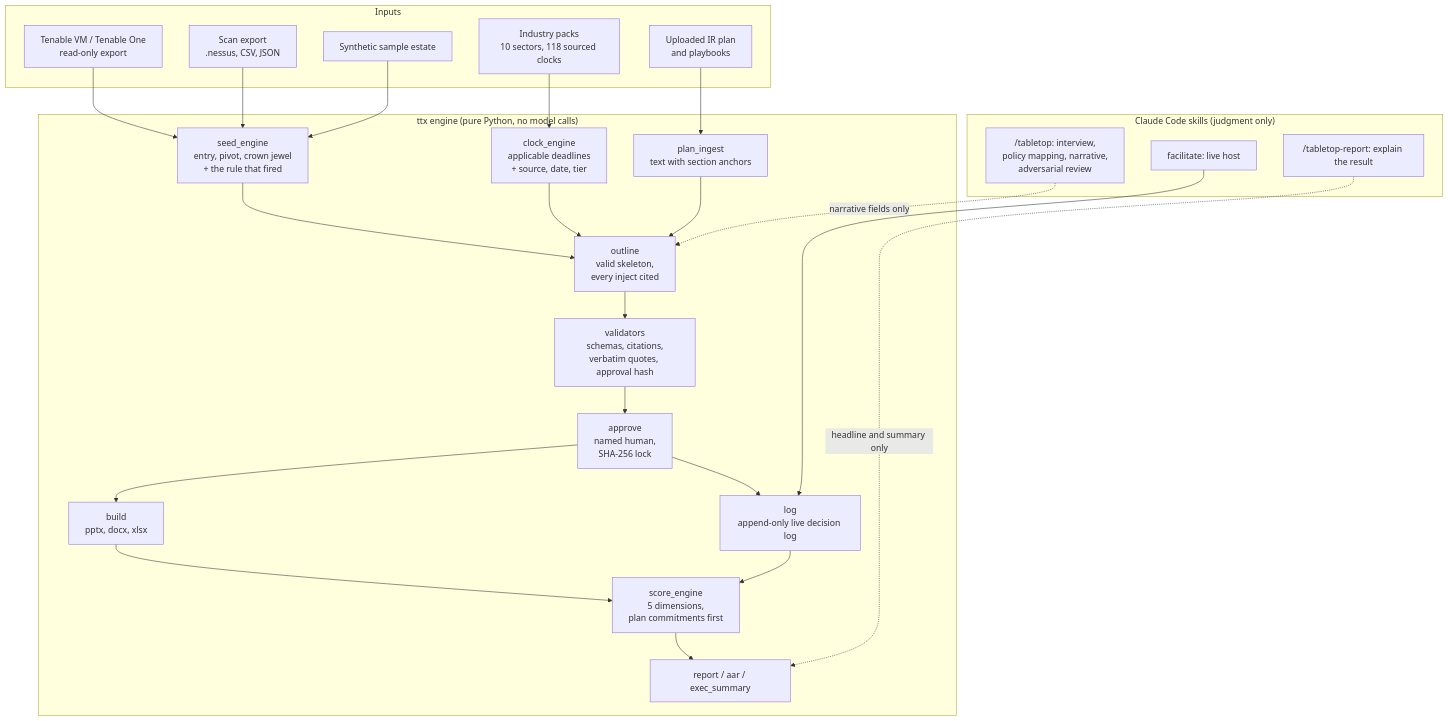
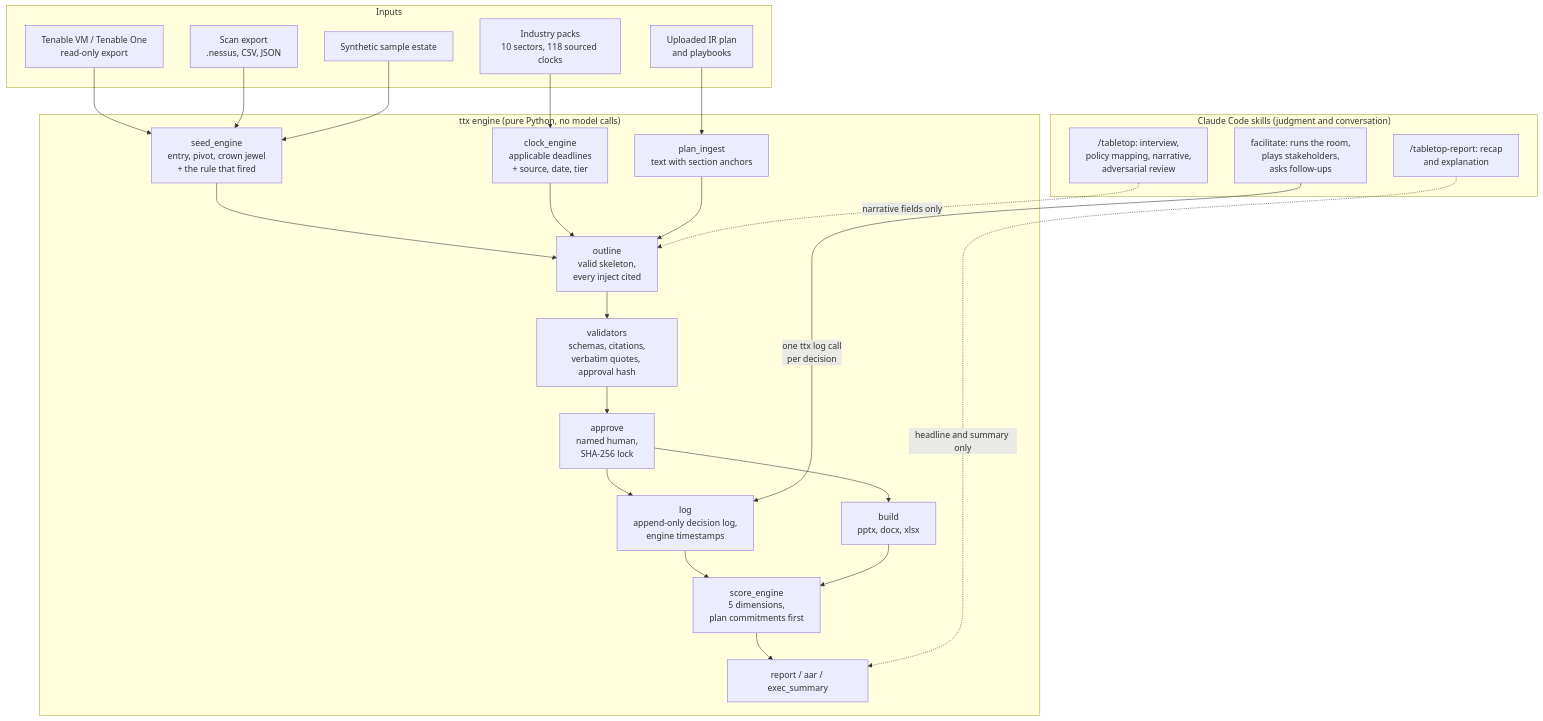
The second of 2 diagrams in README.md (eshin087/tabletop-gm), drawn with Mermaid before and after one commit. The commit also changed other lines of this file and 2 other files, not shown here.

First line of the commit message:
README leads with the live facilitator agent

````diff
--- a/README.md
+++ b/README.md
@@ -165,43 +139,44 @@
 ```mermaid
 flowchart TB
     subgraph Inputs
         T["Tenable VM / Tenable One<br/>read-only export"]
         X["Scan export<br/>.nessus, CSV, JSON"]
         S["Synthetic sample estate"]
         P["Industry packs<br/>10 sectors, 118 sourced clocks"]
         U["Uploaded IR plan<br/>and playbooks"]
     end
     subgraph Engine["ttx engine (pure Python, no model calls)"]
         SE["seed_engine<br/>entry, pivot, crown jewel<br/>+ the rule that fired"]
         CE["clock_engine<br/>applicable deadlines<br/>+ source, date, tier"]
         PI["plan_ingest<br/>text with section anchors"]
         OL["outline<br/>valid skeleton,<br/>every inject cited"]
         AP["approve<br/>named human,<br/>SHA-256 lock"]
+        LG["log<br/>append-only decision log,<br/>engine timestamps"]
         BD["build<br/>pptx, docx, xlsx"]
         SC["score_engine<br/>5 dimensions,<br/>plan commitments first"]
         RP["report / aar / exec_summary"]
-        LG["log<br/>append-only live decision log"]
         V["validators<br/>schemas, citations,<br/>verbatim quotes, approval hash"]
     end
-    subgraph Claude["Claude Code skills (judgment only)"]
+    subgraph Claude["Claude Code skills (judgment and conversation)"]
         K1["/tabletop: interview,<br/>policy mapping, narrative,<br/>adversarial review"]
-        K2["facilitate: live host"]
-        K3["/tabletop-report: explain the result"]
+        K2["facilitate: runs the room,<br/>plays stakeholders,<br/>asks follow-ups"]
+        K3["/tabletop-report: recap<br/>and explanation"]
     end
     T --> SE
     X --> SE
     S --> SE
     P --> CE
     U --> PI
     SE --> OL
     CE --> OL
     PI --> OL
     K1 -. "narrative fields only" .-> OL
-    OL --> V --> AP --> BD
+    OL --> V --> AP
     AP --> LG
-    K2 --> LG
+    K2 -- "one ttx log call<br/>per decision" --> LG
+    AP --> BD
+    LG --> SC
     BD --> SC
-    LG --> SC
     SC --> RP
     K3 -. "headline and summary only" .-> RP
 ```
````
